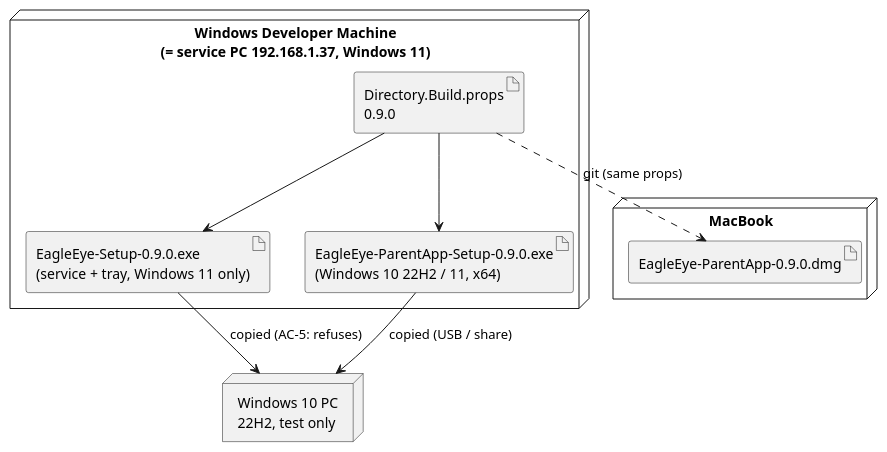
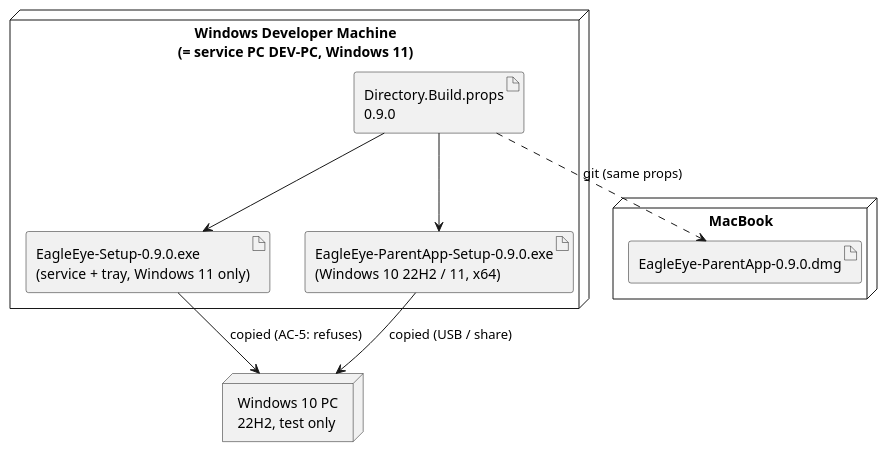
One commit to adlemich/EagleEye changed the diagram in 02_Implementation/docs/requirements/user-stories/US-009/implementation-plan.md. Above: the diagram before and after it, drawn with PlantUML. The commit also changed other lines of this file and 220 other files, not shown here.

````diff
--- a/02_Implementation/docs/requirements/user-stories/US-009/implementation-plan.md
+++ b/02_Implementation/docs/requirements/user-stories/US-009/implementation-plan.md
@@ -184,19 +184,19 @@
 ```plantuml
 @startuml US-009 Delivery
 skinparam componentStyle rectangle
-node "Windows Developer Machine\n(= service PC 192.168.1.37, Windows 11)" as WIN {
+node "Windows Developer Machine\n(= service PC DEV-PC, Windows 11)" as WIN {
   artifact "Directory.Build.props\n0.9.0" as V
   artifact "EagleEye-Setup-0.9.0.exe\n(service + tray, Windows 11 only)" as S
   artifact "EagleEye-ParentApp-Setup-0.9.0.exe\n(Windows 10 22H2 / 11, x64)" as P
 }
 node "Windows 10 PC\n22H2, test only" as W10
 node "MacBook" as MAC {
   artifact "EagleEye-ParentApp-0.9.0.dmg" as D
 }
 V --> S
 V --> P
 V ..> D : git (same props)
 P --> W10 : copied (USB / share)
 S --> W10 : copied (AC-5: refuses)
 @enduml
 ```
````
